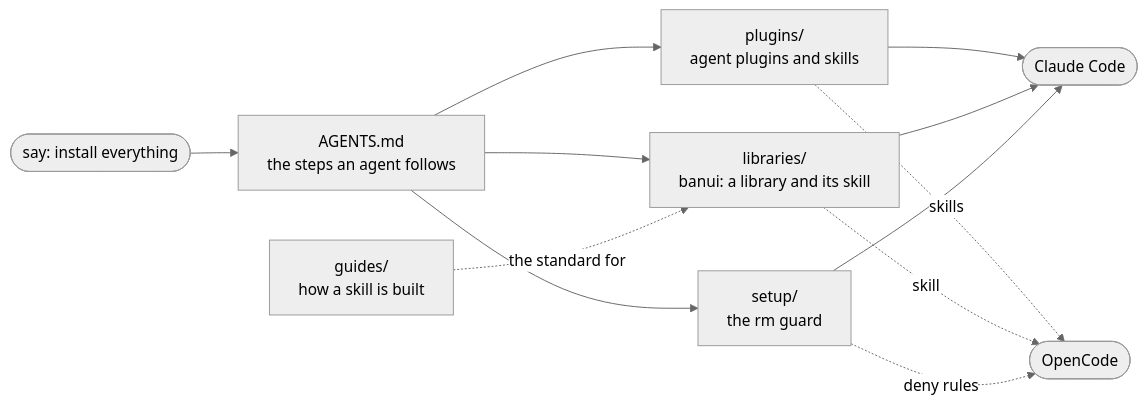
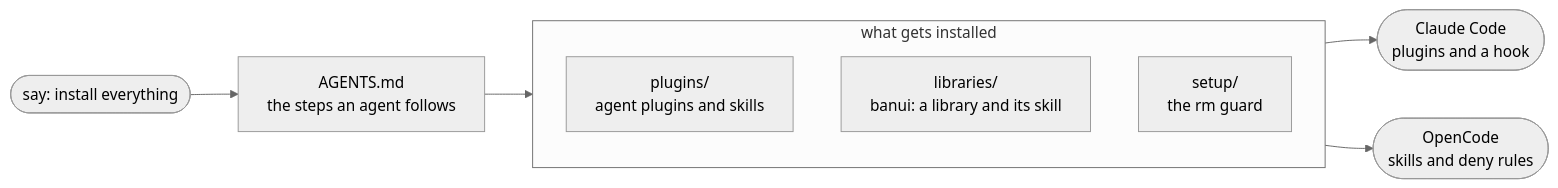
One commit to seymurglv/seymurglv-kit changed the diagram in README.md. Above: the diagram before and after it, drawn with Mermaid (neutral theme).

Commit message:
readme: a simpler overview diagram, no crossing lines

````diff
--- a/README.md
+++ b/README.md
@@ -6,14 +6,13 @@
 ```mermaid
 flowchart LR
   say(["say: install everything"]) --> agents["AGENTS.md<br/>the steps an agent follows"]
-  agents --> plugins["plugins/<br/>agent plugins and skills"]
-  agents --> libraries["libraries/<br/>banui: a library and its skill"]
-  agents --> setup["setup/<br/>the rm guard"]
-  guides["guides/<br/>how a skill is built"] -. the standard for .-> libraries
-  plugins --> claude(["Claude Code"])
-  libraries --> claude
-  setup --> claude
-  plugins -. skills .-> opencode(["OpenCode"])
-  libraries -. skill .-> opencode
-  setup -. deny rules .-> opencode
+  agents --> kit
+  subgraph kit["what gets installed"]
+    direction TB
+    plugins["plugins/<br/>agent plugins and skills"]
+    libraries["libraries/<br/>banui: a library and its skill"]
+    setup["setup/<br/>the rm guard"]
+  end
+  kit --> claude(["Claude Code<br/>plugins and a hook"])
+  kit --> opencode(["OpenCode<br/>skills and deny rules"])
 ```
````
